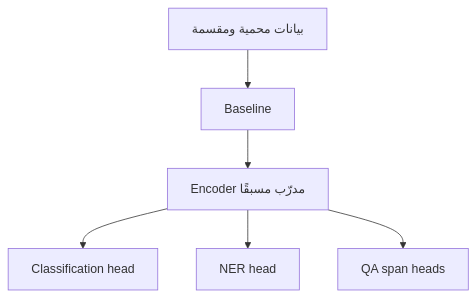
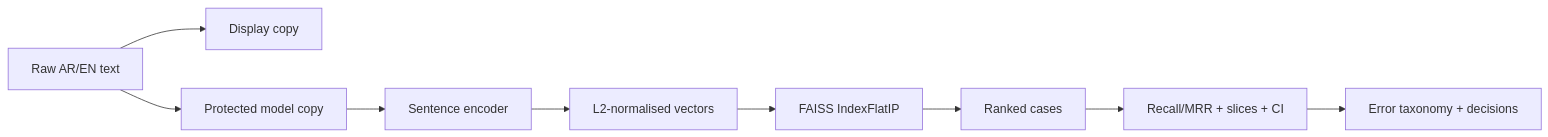
One commit to Manal-qaysi/Bayan_App_NLP2 changed the diagram in README.md. Above: the diagram before and after it, drawn with Mermaid. The commit also changed other lines of this file and 7 other files, not shown here.

````diff
--- a/README.md
+++ b/README.md
@@ -67,8 +70,11 @@
 ```mermaid
-flowchart TD
-    A["بيانات محمية ومقسمة"] --> B["Baseline"]
-    B --> C["Encoder مدرّب مسبقًا"]
-    C --> D["Classification head"]
-    C --> E["NER head"]
-    C --> F["QA span heads"]
+flowchart LR
+    A["Raw AR/EN text"] --> B["Display copy"]
+    A --> C["Protected model copy"]
+    C --> D["Sentence encoder"]
+    D --> E["L2-normalised vectors"]
+    E --> F["FAISS IndexFlatIP"]
+    F --> G["Ranked cases"]
+    G --> H["Recall/MRR + slices + CI"]
+    H --> I["Error taxonomy + decisions"]
 ```
````
